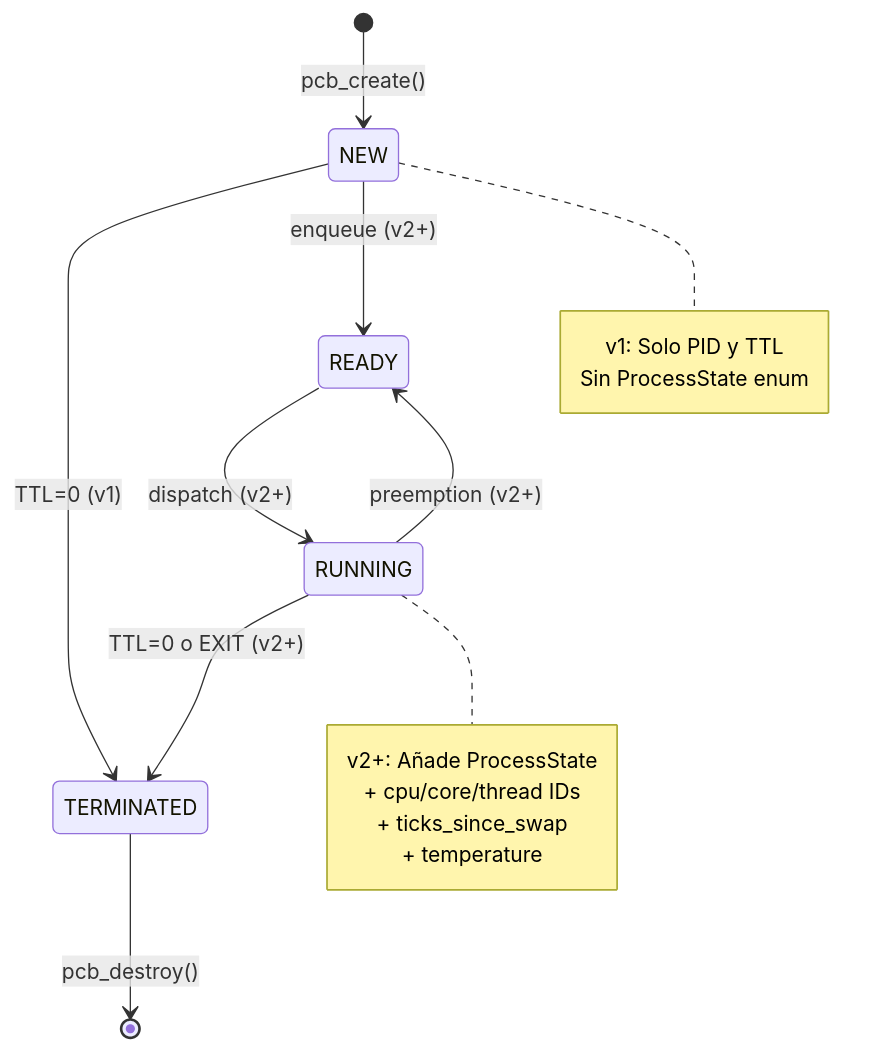
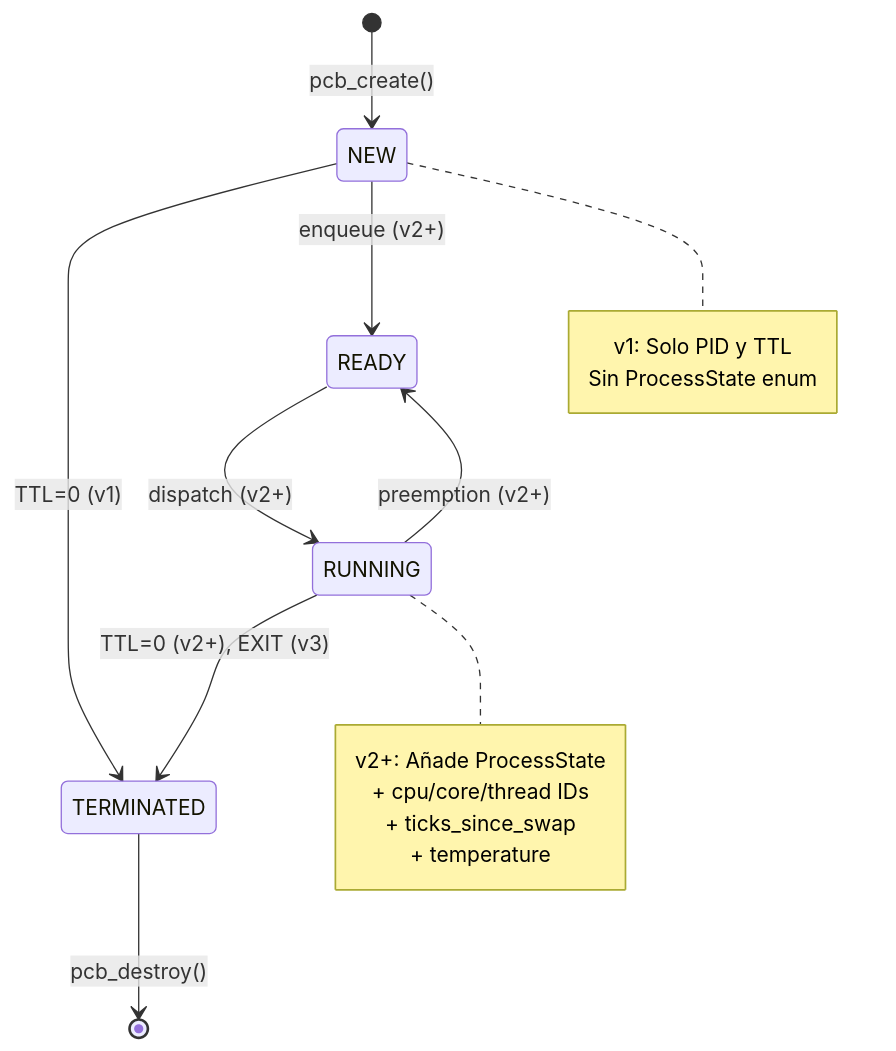
Before and after one commit to KingJorjai/churrOS: the third of 4 diagrams in docs/sections/01-parte1-base.md, drawn with Mermaid. The commit also changed other lines of this file and 3 other files, not shown here.

````diff
--- a/docs/sections/01-parte1-base.md
+++ b/docs/sections/01-parte1-base.md
@@ -112,25 +112,25 @@
 ```{.mermaid format=pdf}
 stateDiagram-v2
     [*] --> NEW: pcb_create()
     
     NEW --> TERMINATED: TTL=0 (v1)
     NEW --> READY: enqueue (v2+)
     
     READY --> RUNNING: dispatch (v2+)
     RUNNING --> READY: preemption (v2+)
-    RUNNING --> TERMINATED: TTL=0 o EXIT (v2+)
+    RUNNING --> TERMINATED: TTL=0 (v2+), EXIT (v3)
     
     TERMINATED --> [*]: pcb_destroy()
     
     note right of NEW
         v1: Solo PID y TTL
         Sin ProcessState enum
     end note
     
     note right of RUNNING
         v2+: Añade ProcessState
         + cpu/core/thread IDs
         + ticks_since_swap
         + temperature
     end note
 ```
````
